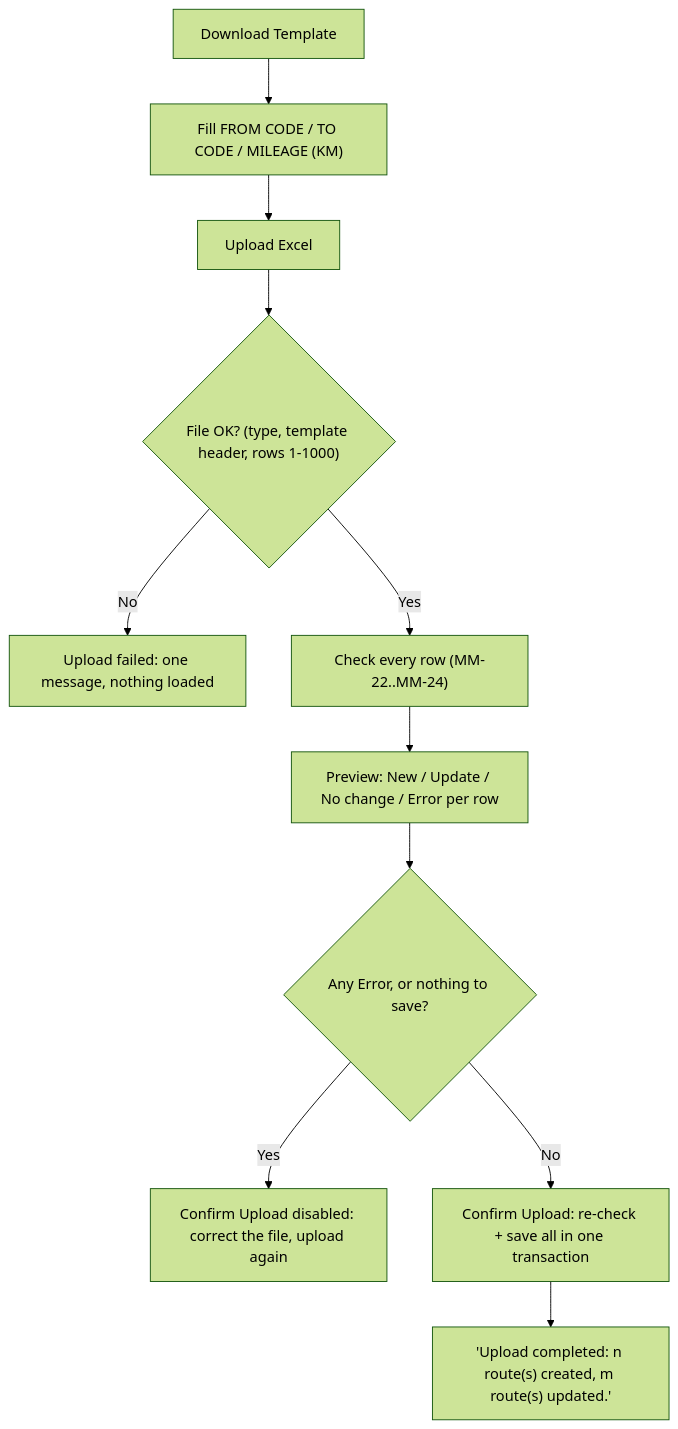
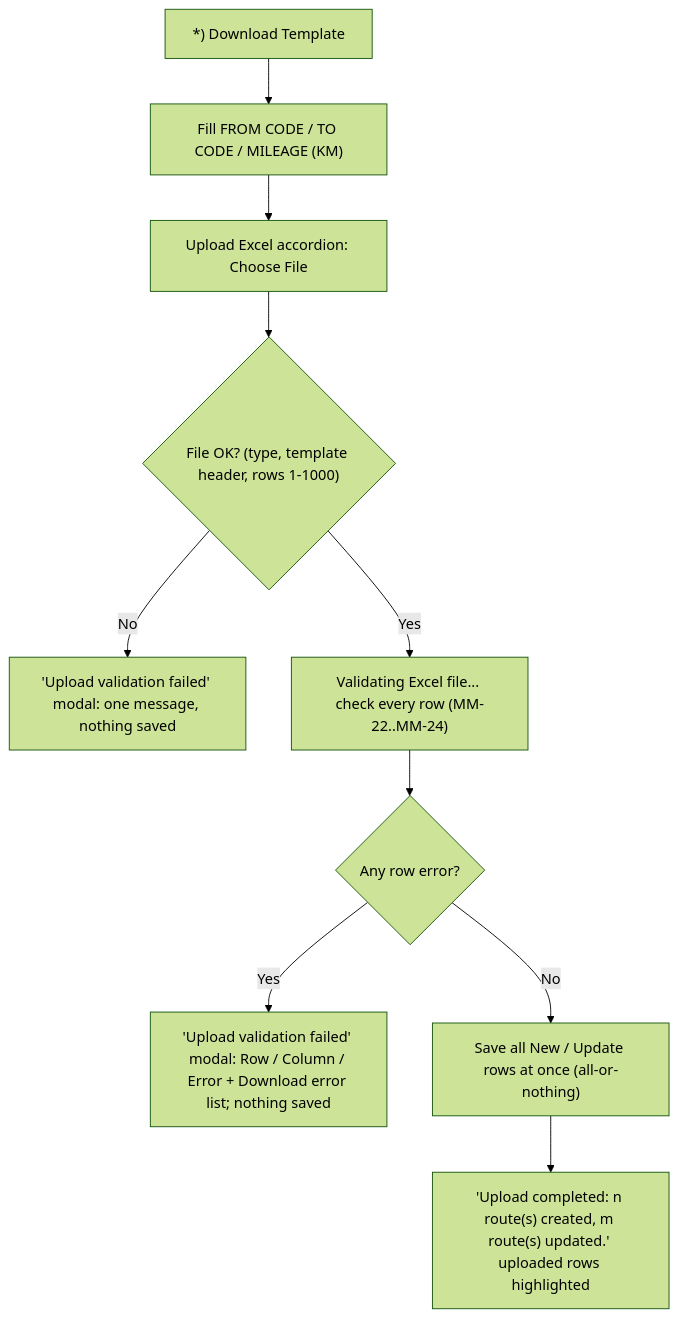
The third of 3 diagrams in docs/master-mileage-rules.md (santo-san/tc-pbr), drawn with Mermaid (forest theme) before and after one commit. The commit also changed other lines of this file and 9 other files, not shown here.

First line of the commit message:
Master Mileage upload: layout and function like Planning Order

````diff
--- a/docs/master-mileage-rules.md
+++ b/docs/master-mileage-rules.md
@@ -80,10 +80,10 @@
 ```mermaid
 flowchart TD
-  T["Download Template"] --> F["Fill FROM CODE / TO CODE / MILEAGE (KM)"] --> U["Upload Excel"]
+  T["*) Download Template"] --> F["Fill FROM CODE / TO CODE / MILEAGE (KM)"] --> U["Upload Excel accordion: Choose File"]
   U --> C{"File OK? (type, template header, rows 1-1000)"}
-  C -- "No" --> CE["Upload failed: one message, nothing loaded"]
-  C -- "Yes" --> V["Check every row (MM-22..MM-24)"] --> P["Preview: New / Update / No change / Error per row"]
-  P --> Q{"Any Error, or nothing to save?"}
-  Q -- "Yes" --> X["Confirm Upload disabled: correct the file, upload again"]
-  Q -- "No" --> Y["Confirm Upload: re-check + save all in one transaction"] --> R["'Upload completed: n route(s) created, m route(s) updated.'"]
+  C -- "No" --> CE["'Upload validation failed' modal: one message, nothing saved"]
+  C -- "Yes" --> V["Validating Excel file... check every row (MM-22..MM-24)"]
+  V --> Q{"Any row error?"}
+  Q -- "Yes" --> X["'Upload validation failed' modal: Row / Column / Error + Download error list; nothing saved"]
+  Q -- "No" --> Y["Save all New / Update rows at once (all-or-nothing)"] --> R["'Upload completed: n route(s) created, m route(s) updated.' uploaded rows highlighted"]
 ```
````
